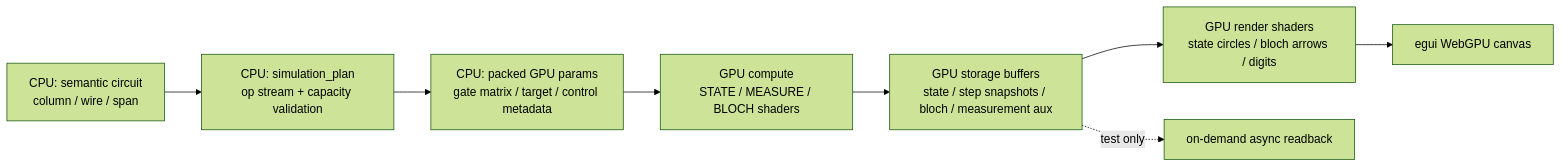
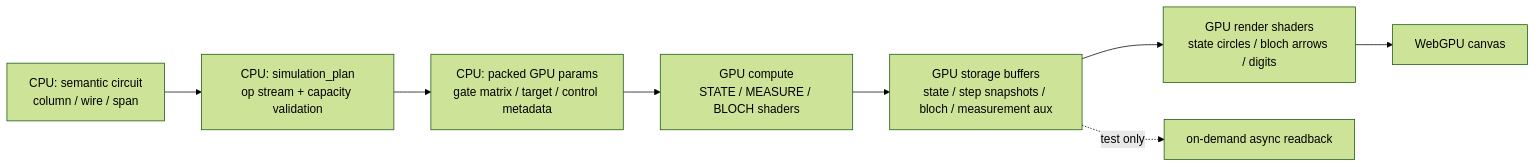
One commit to qniapp/qni-webgpu changed the diagram in docs/gpu-plan.md. Above: the diagram before and after it, drawn with Mermaid (forest theme). The commit also changed other lines of this file and 406 other files, not shown here.

Commit message:
chore: rename egui web app to web

````diff
--- a/docs/gpu-plan.md
+++ b/docs/gpu-plan.md
@@ -15,10 +15,10 @@
 ```mermaid
 flowchart LR
   Circuit[CPU: semantic circuit<br/>column / wire / span] --> Plan[CPU: simulation_plan<br/>op stream + capacity validation]
   Plan --> Params[CPU: packed GPU params<br/>gate matrix / target / control metadata]
   Params --> Compute[GPU compute<br/>STATE / MEASURE / BLOCH shaders]
   Compute --> Buffers[GPU storage buffers<br/>state / step snapshots / bloch / measurement aux]
   Buffers --> Render[GPU render shaders<br/>state circles / bloch arrows / digits]
-  Render --> Canvas[egui WebGPU canvas]
+  Render --> Canvas[WebGPU canvas]
   Buffers -. test only .-> Readback[on-demand async readback]
 ```
````
